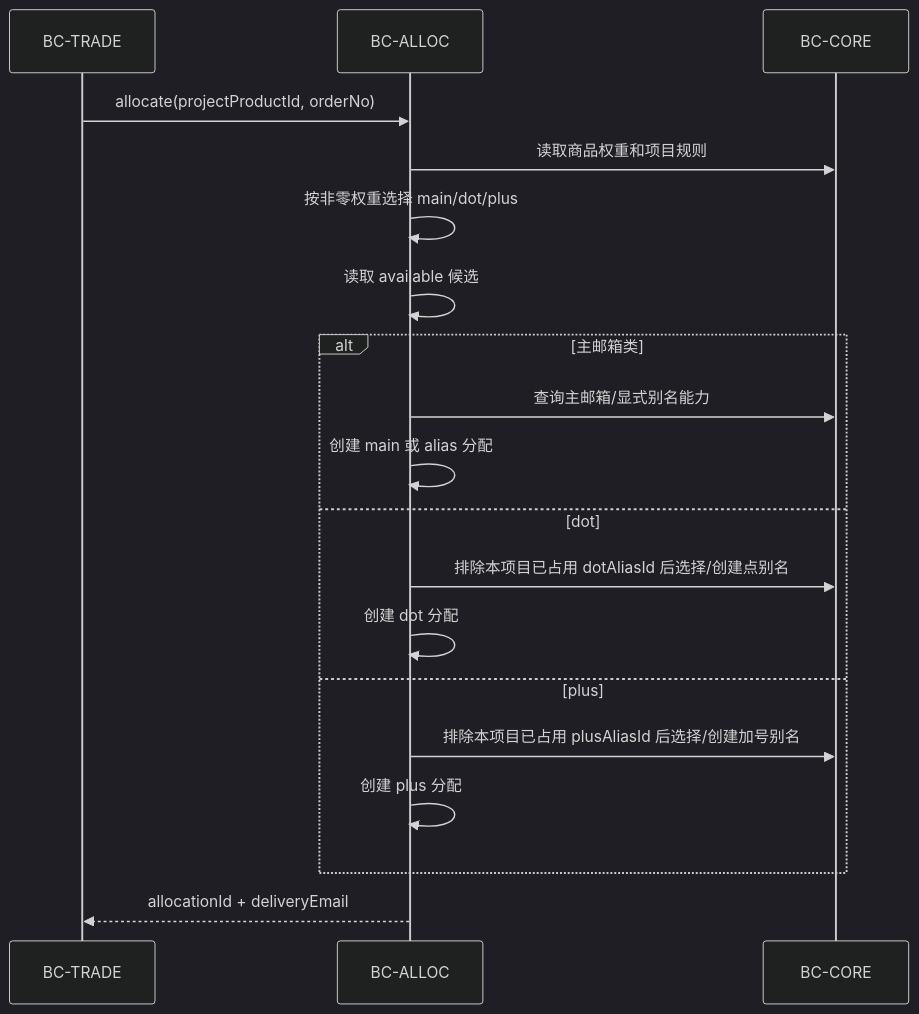
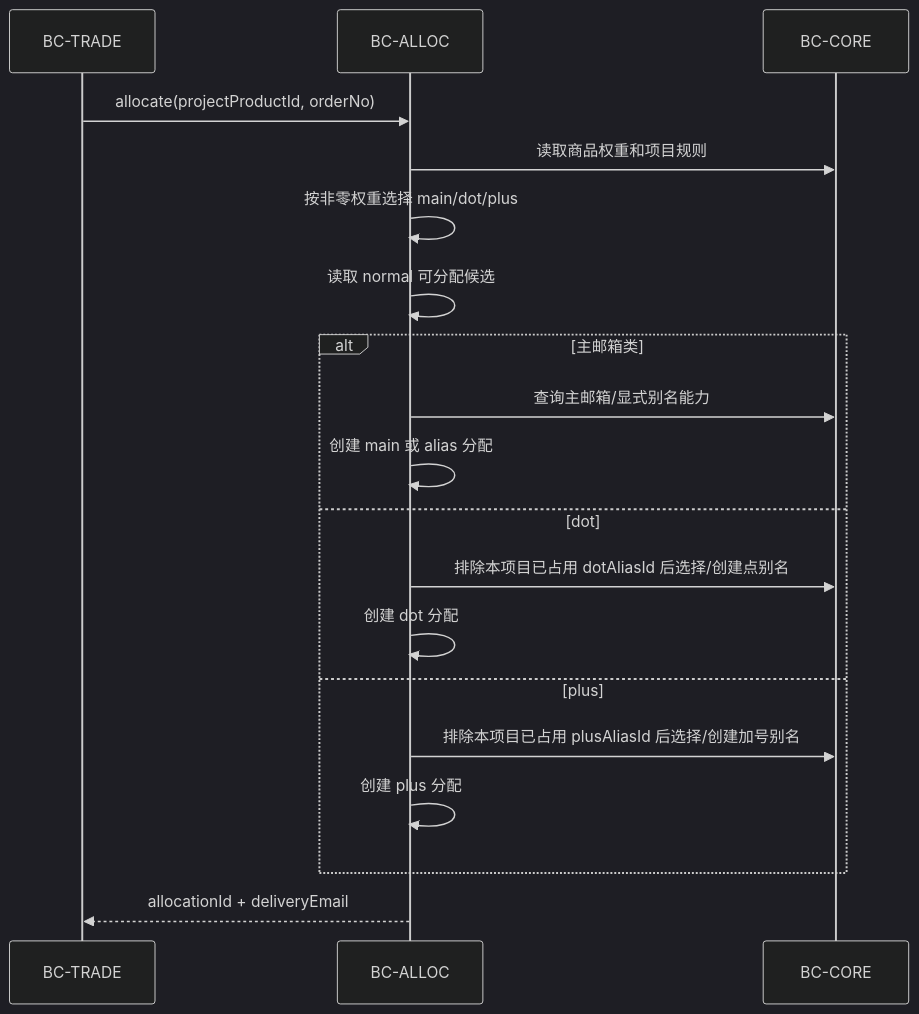
Before and after one commit to donnel666/remail: the second of 3 diagrams in docs/2-allocation-routing.md, drawn with Mermaid (dark theme). The commit also changed other lines of this file and 40 other files, not shown here.

````diff
--- a/docs/2-allocation-routing.md
+++ b/docs/2-allocation-routing.md
@@ -119,21 +129,21 @@
 ```mermaid
 sequenceDiagram
     participant T as BC-TRADE
     participant A as BC-ALLOC
     participant C as BC-CORE
     T->>A: allocate(projectProductId, orderNo)
     A->>C: 读取商品权重和项目规则
     A->>A: 按非零权重选择 main/dot/plus
-    A->>A: 读取 available 候选
+    A->>A: 读取 normal 可分配候选
     alt 主邮箱类
         A->>C: 查询主邮箱/显式别名能力
         A->>A: 创建 main 或 alias 分配
     else dot
         A->>C: 排除本项目已占用 dotAliasId 后选择/创建点别名
         A->>A: 创建 dot 分配
     else plus
         A->>C: 排除本项目已占用 plusAliasId 后选择/创建加号别名
         A->>A: 创建 plus 分配
     end
     A-->>T: allocationId + deliveryEmail
 ```
````
